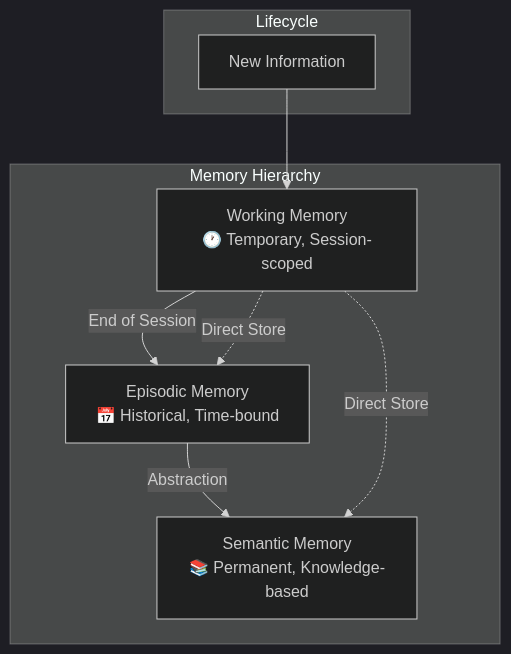
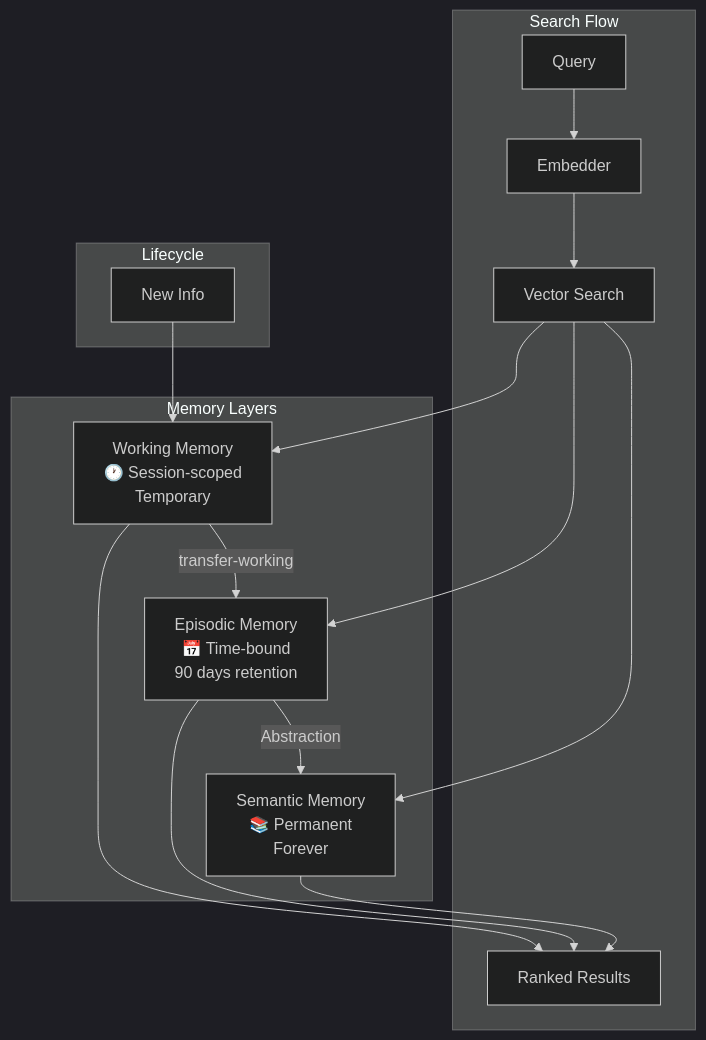
One commit to fmatsos/cortex changed the second of 2 diagrams in docs/MEMORY_MODEL.md. Above: the diagram before and after it, drawn with Mermaid (dark theme). The commit also changed other lines of this file and 55 other files, not shown here.

````diff
--- a/docs/MEMORY_MODEL.md
+++ b/docs/MEMORY_MODEL.md
@@ -65,17 +44,25 @@
 ```mermaid
 graph TB
-    subgraph "Memory Hierarchy"
-        Working["Working Memory<br/>🕐 Temporary, Session-scoped"]
-        Episodic["Episodic Memory<br/>📅 Historical, Time-bound"]
-        Semantic["Semantic Memory<br/>📚 Permanent, Knowledge-based"]
+    subgraph "Memory Layers"
+        W[Working Memory<br/>🕐 Session-scoped<br/>Temporary]
+        E[Episodic Memory<br/>📅 Time-bound<br/>90 days retention]
+        S[Semantic Memory<br/>📚 Permanent<br/>Forever]
+    end
+
+    subgraph "Search Flow"
+        Q[Query] --> EMB[Embedder]
+        EMB --> VS[Vector Search]
+        VS --> W
+        VS --> E
+        VS --> S
+        W --> R[Ranked Results]
+        E --> R
+        S --> R
     end
 
     subgraph "Lifecycle"
-        New["New Information"] --> Working
-        Working -->|"End of Session"| Episodic
-        Episodic -->|"Abstraction"| Semantic
+        NEW[New Info] --> W
+        W -->|transfer-working| E
+        E -->|Abstraction| S
     end
-
-    Working -.->|"Direct Store"| Episodic
-    Working -.->|"Direct Store"| Semantic
 ```
````
